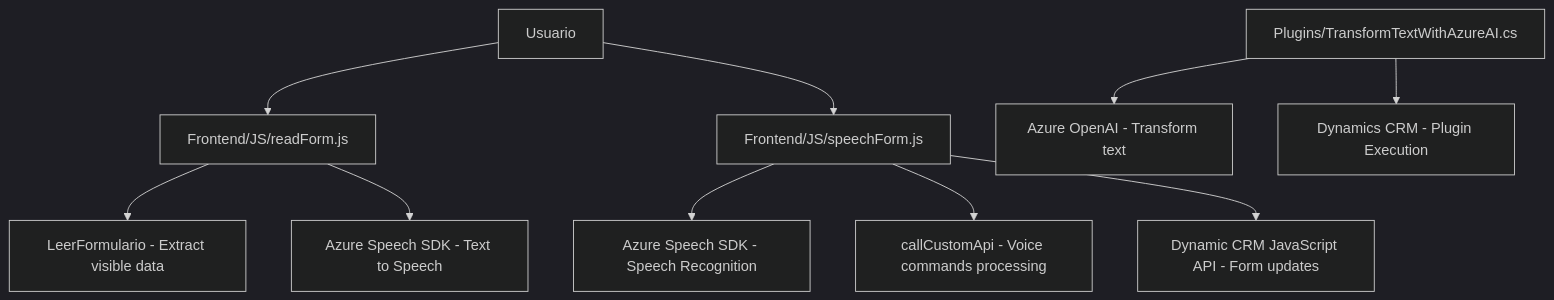
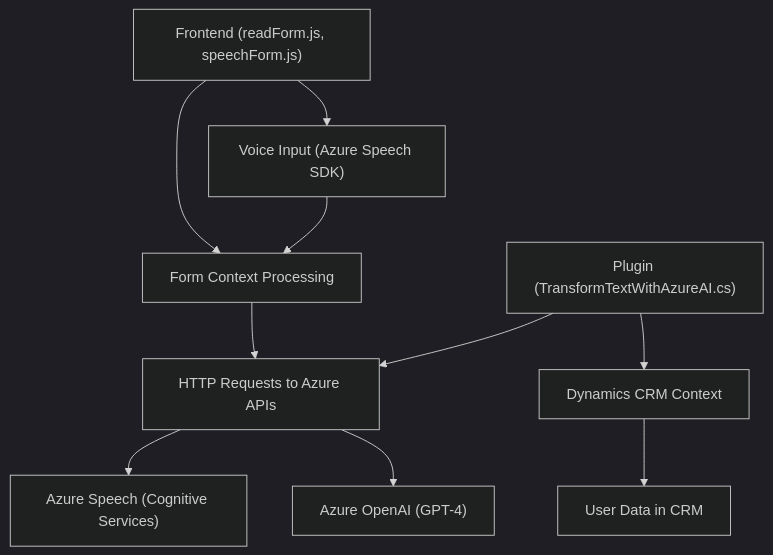
Before and after one commit to blopezdm/NETCORE_BILBAO2025: the diagram in README.md, drawn with Mermaid (dark theme). The commit also changed other lines of this file, not shown here.

````diff
--- a/README.md
+++ b/README.md
@@ -39,12 +31,13 @@
 ```mermaid
 graph TD
-    A["Usuario"] --> B["Frontend/JS/readForm.js"]
-    A["Usuario"] --> C["Frontend/JS/speechForm.js"]
-    B --> D["LeerFormulario - Extract visible data"]
-    B --> E["Azure Speech SDK - Text to Speech"]
-    C --> F["Azure Speech SDK - Speech Recognition"]
-    C --> G["callCustomApi - Voice commands processing"]
-    C --> H["Dynamic CRM JavaScript API - Form updates"]
-    I["Plugins/TransformTextWithAzureAI.cs"] --> J["Azure OpenAI - Transform text"]
-    I["Plugins/TransformTextWithAzureAI.cs"] --> K["Dynamics CRM - Plugin Execution"]
+    A["Frontend (readForm.js, speechForm.js)"] --> B["Voice Input (Azure Speech SDK)"]
+    A --> C["Form Context Processing"]
+    B --> C
+    C --> D["HTTP Requests to Azure APIs"]
+    D --> E["Azure Speech (Cognitive Services)"]
+    D --> F["Azure OpenAI (GPT-4)"]
+
+    G["Plugin (TransformTextWithAzureAI.cs)"] --> H["Dynamics CRM Context"]
+    G --> D
+    H --> I["User Data in CRM"]
 ```
````
